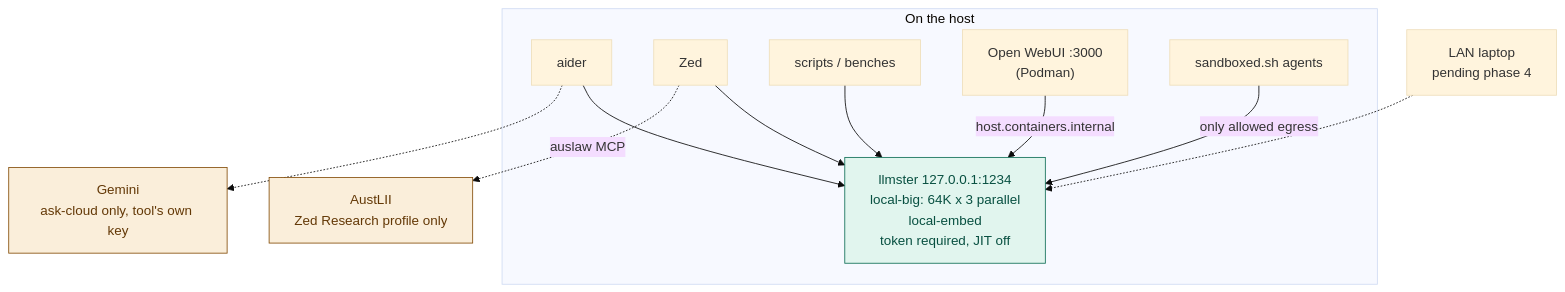
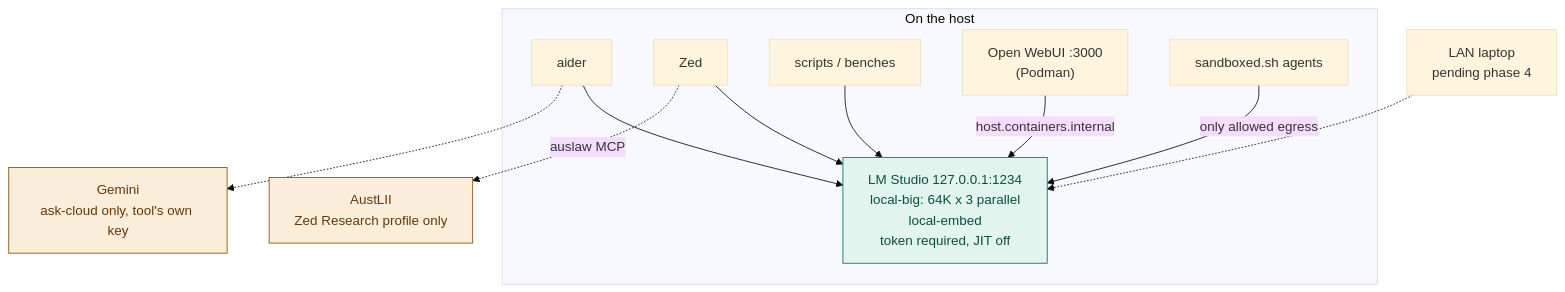
Before and after one commit to ouster/hearth: the diagram in docs/ARCHITECTURE.md, drawn with Mermaid (base theme). The commit also changed other lines of this file and 5 other files, not shown here.

````diff
--- a/docs/ARCHITECTURE.md
+++ b/docs/ARCHITECTURE.md
@@ -9,29 +11,29 @@
 ```mermaid
 flowchart TB
     subgraph onHost["On the host"]
         aider["aider"]
         zed["Zed"]
         scripts["scripts / benches"]
         webui["Open WebUI :3000<br/>(Podman)"]
         sbx["sandboxed.sh agents"]
-        lms["llmster 127.0.0.1:1234<br/>local-big: 64K x 3 parallel<br/>local-embed<br/>token required, JIT off"]
+        lms["LM Studio 127.0.0.1:1234<br/>local-big: 64K x 3 parallel<br/>local-embed<br/>token required, JIT off"]
     end
 
     laptop["LAN laptop<br/>pending phase 4"]
     cloud["Gemini<br/>ask-cloud only, tool's own key"]
     austlii["AustLII<br/>Zed Research profile only"]
 
     aider --> lms
     zed --> lms
     scripts --> lms
     webui -->|"host.containers.internal"| lms
     sbx -->|"only allowed egress"| lms
     laptop -.-> lms
     aider -.-> cloud
     zed -.->|"auslaw MCP"| austlii
 
     classDef localCls fill:#E1F5EE,stroke:#0F6E56,color:#085041
     classDef leaveCls fill:#FAEEDA,stroke:#854F0B,color:#633806
     class lms localCls
     class cloud,austlii leaveCls
 ```
````
